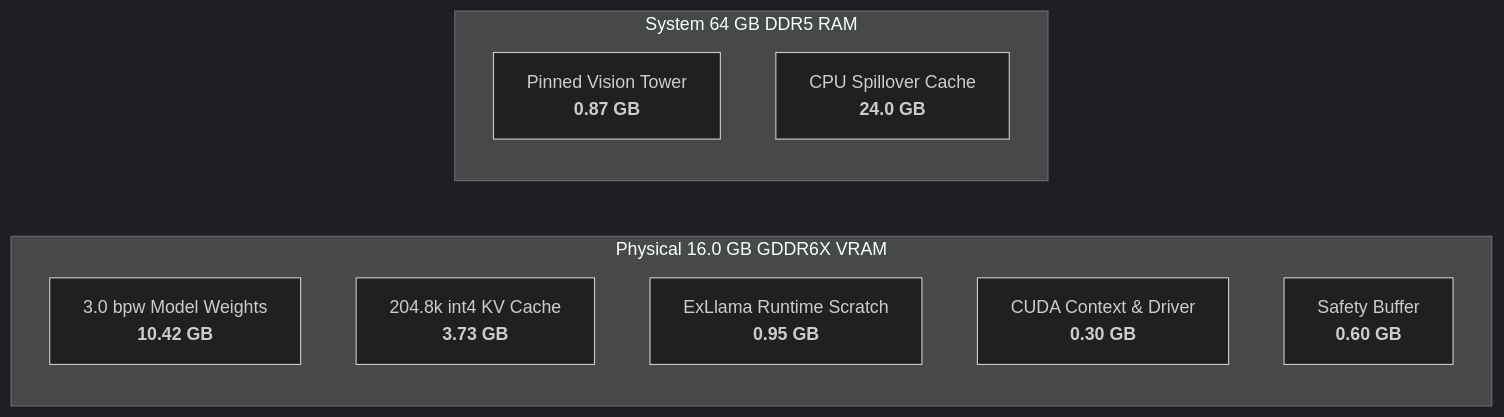
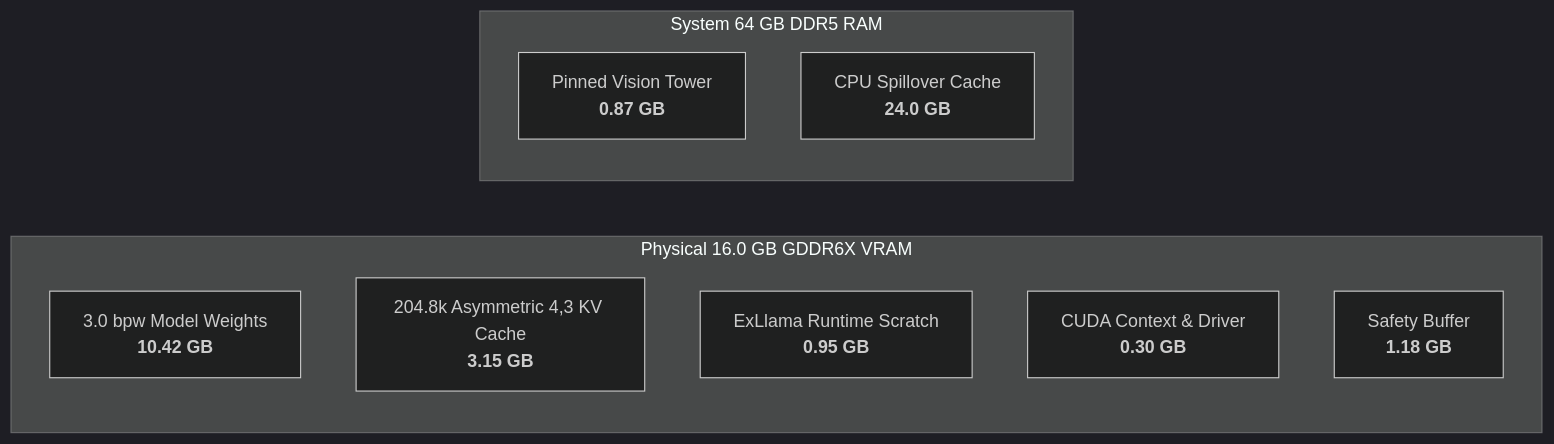
Before and after one commit to saas-home/Qwen3.8-27B-NV-16GB: the diagram in Qwen3.8-27B-NV-16GB-Optimization-Whitepaper.md, drawn with Mermaid (dark theme). The commit also changed other lines of this file and 22 other files, not shown here.

First line of the commit message:
feat: ExLlamaV3 v1.5.0, asymmetric KV cache (4,3), continuous batching & concurrency benchmarks

````diff
--- a/Qwen3.8-27B-NV-16GB-Optimization-Whitepaper.md
+++ b/Qwen3.8-27B-NV-16GB-Optimization-Whitepaper.md
@@ -133,14 +142,14 @@
 ```mermaid
 flowchart LR
     subgraph VRAM ["Physical 16.0 GB GDDR6X VRAM"]
         W["3.0 bpw Model Weights<br><b>10.42 GB</b>"]
-        KV["204.8k int4 KV Cache<br><b>3.73 GB</b>"]
+        KV["204.8k Asymmetric 4,3 KV Cache<br><b>3.15 GB</b>"]
         OV["ExLlama Runtime Scratch<br><b>0.95 GB</b>"]
         CUDA["CUDA Context & Driver<br><b>0.30 GB</b>"]
-        FREE["Safety Buffer<br><b>0.60 GB</b>"]
+        FREE["Safety Buffer<br><b>1.18 GB</b>"]
     end
     subgraph RAM ["System 64 GB DDR5 RAM"]
         VIS["Pinned Vision Tower<br><b>0.87 GB</b>"]
         HOST_KV["CPU Spillover Cache<br><b>24.0 GB</b>"]
     end
 ```
````
